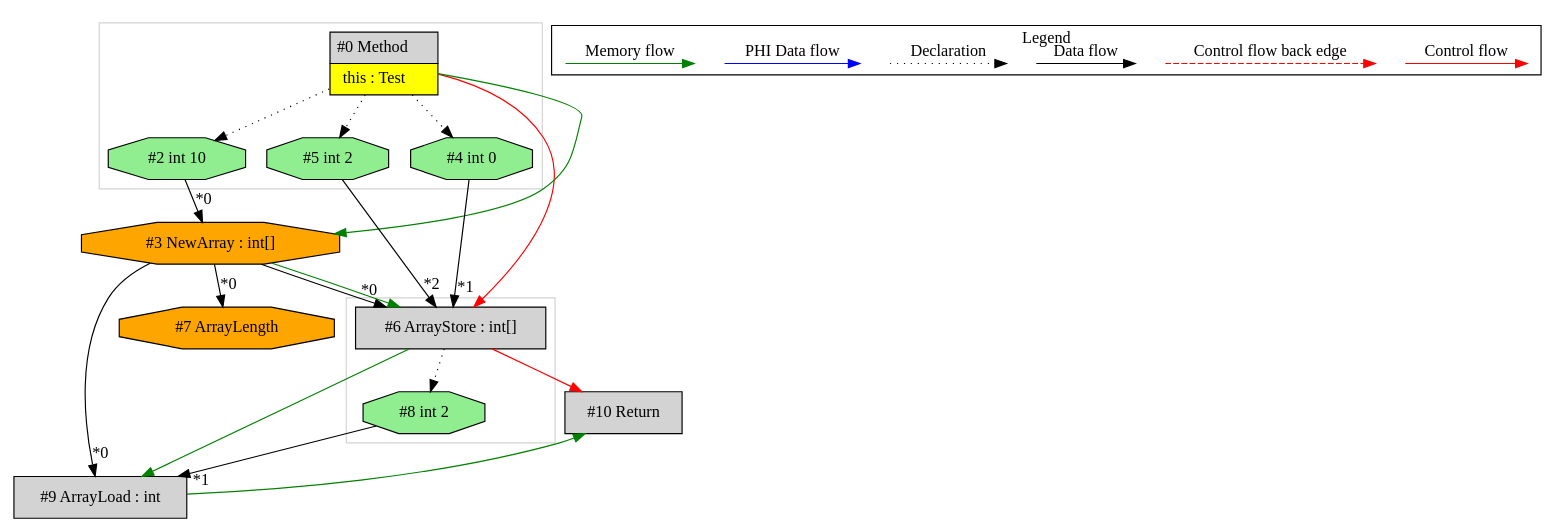
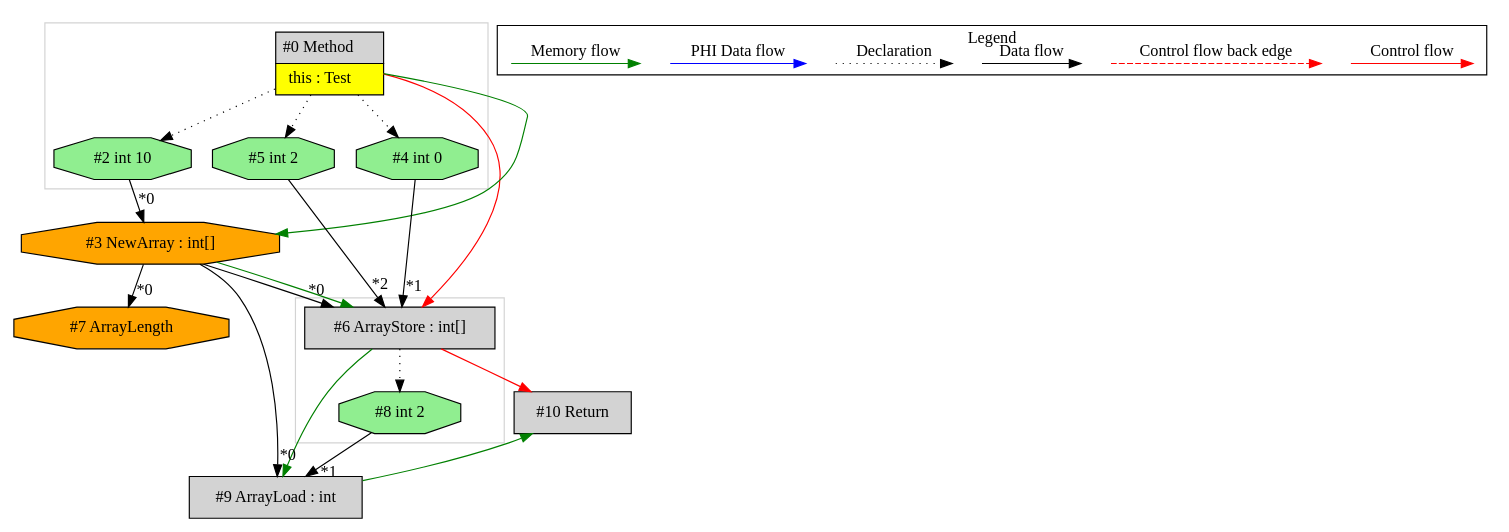
The diagram in de.mirkosertic.metair.ir.OpcodeNEWARRAYTest/test_NEWARRAY_int/ir.dot (mirkosertic/MetaIR), drawn with Graphviz before and after one commit. The commit also changed other lines of this file and 1222 other files, not shown here.

```diff
--- a/de.mirkosertic.metair.ir.OpcodeNEWARRAYTest/test_NEWARRAY_int/ir.dot
+++ b/de.mirkosertic.metair.ir.OpcodeNEWARRAYTest/test_NEWARRAY_int/ir.dot
@@ -1,68 +1,68 @@
 digraph {
  ordering="in";
  node0[margin="0", label=<<table border="0" cellborder="1" cellspacing="0" cellpadding="5"><tr><td colspan="1">#0 Method</td></tr><tr><td port="prj1" bgcolor="yellow">this : Test</td></tr></table>>,shape=none, fillcolor=lightgrey, style=filled];
  node5[label="#5 int 2",shape=octagon, fillcolor=lightgreen, style=filled];
  node0 -> node5[style=dotted];
  node6[label="#6 ArrayStore : int[]",shape=box, fillcolor=lightgrey, style=filled];
  node3 -> node6[headlabel="*0", labeldistance=2];
  node4 -> node6[headlabel="*1", labeldistance=2];
  node5 -> node6[headlabel="*2", labeldistance=2];
  node3 -> node6[labeldistance=2, color=green, constraint=false];
  node0 -> node6[labeldistance=2, color=red, fontcolor=red];
  node3[label="#3 NewArray : int[]",shape=octagon, fillcolor=orange, style=filled];
  node2 -> node3[headlabel="*0", labeldistance=2];
  node0 -> node3[labeldistance=2, color=green, constraint=false];
  node2[label="#2 int 10",shape=octagon, fillcolor=lightgreen, style=filled];
  node0 -> node2[style=dotted];
+ node7[label="#7 ArrayLength",shape=octagon, fillcolor=orange, style=filled];
+ node3 -> node7[headlabel="*0", labeldistance=2];
  node9[label="#9 ArrayLoad : int",shape=box, fillcolor=lightgrey, style=filled];
  node3 -> node9[headlabel="*0", labeldistance=2];
  node8 -> node9[headlabel="*1", labeldistance=2];
  node6 -> node9[labeldistance=2, color=green, constraint=false];
  node8[label="#8 int 2",shape=octagon, fillcolor=lightgreen, style=filled];
  node6 -> node8[style=dotted];
  node10[label="#10 Return",shape=box, fillcolor=lightgrey, style=filled];
  node6 -> node10[labeldistance=2, color=red, fontcolor=red];
  node9 -> node10[labeldistance=2, color=green, constraint=false];
- node7[label="#7 ArrayLength",shape=octagon, fillcolor=orange, style=filled];
- node3 -> node7[headlabel="*0", labeldistance=2];
  node4[label="#4 int 0",shape=octagon, fillcolor=lightgreen, style=filled];
  node0 -> node4[style=dotted];
  subgraph cluster_0 {
-  color=lightgray;
-  node6;
-  node8;
- }
- subgraph cluster_1 {
   color=lightgray;
   node0;
   node2;
   node4;
   node5;
+ }
+ subgraph cluster_1 {
+  color=lightgray;
+  node6;
+  node8;
  }
  subgraph cluster_000 {
   label = "Legend";
   node [shape=point]
   {
    rank=same;
    c0 [style = invis];
    c1 [style = invis];
    c2 [style = invis];
    c3 [style = invis];
    d0 [style = invis];
    d1 [style = invis];
    d2 [style = invis];
    d3 [style = invis];
    d4 [style = invis];
    d5 [style = invis];
    d6 [style = invis];
    d7 [style = invis];
   }
   c0 -> c1 [label="Control flow", style=solid, color=red]
   c2 -> c3 [label="Control flow back edge", style=dashed, color=red]
   d0 -> d1 [label="Data flow"]
   d2 -> d3 [label="Declaration", style=dotted]
   d4 -> d5 [label="PHI Data flow", color=blue]
   d6 -> d7 [label="Memory flow", color=green]
  }
 
 }
```
